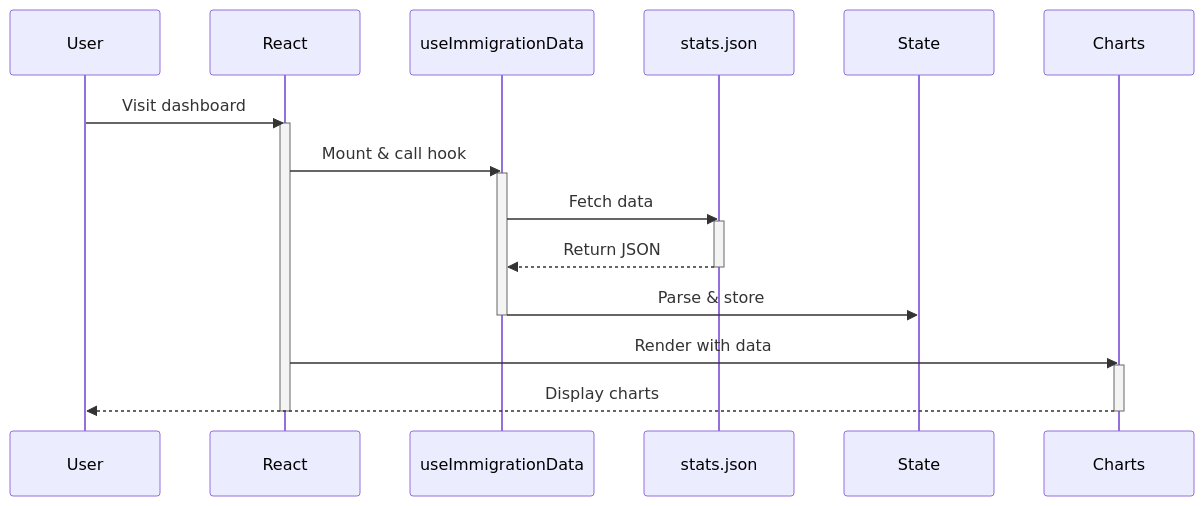
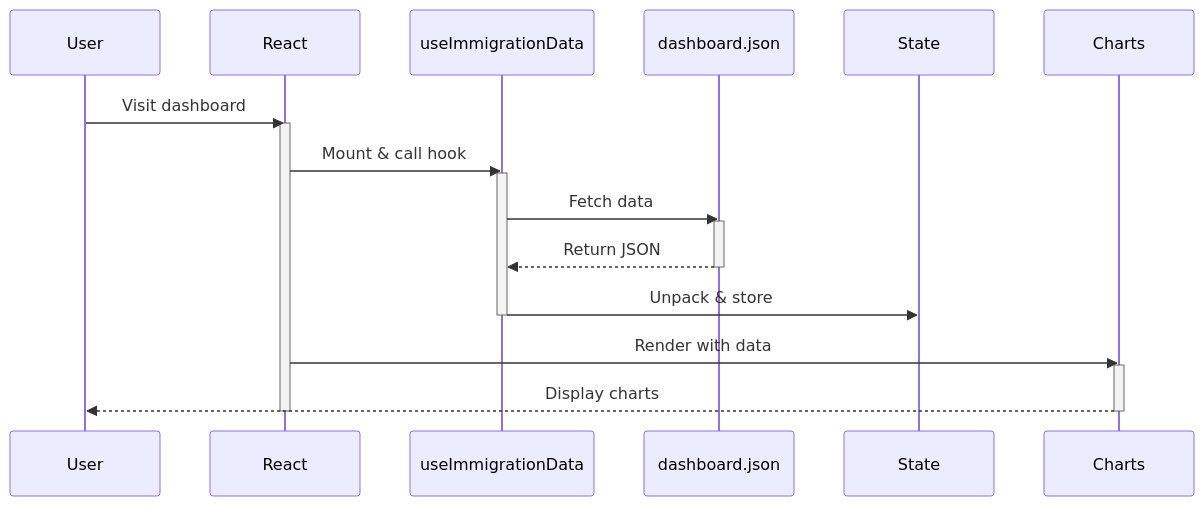
Before and after one commit to RetroHazard/JP_Immigration_Dashboard: the third of 16 diagrams in ARCHITECTURE.md, drawn with Mermaid. The commit also changed other lines of this file and 239 other files, not shown here.

````diff
--- a/ARCHITECTURE.md
+++ b/ARCHITECTURE.md
@@ -72,25 +86,25 @@
 ```mermaid
 sequenceDiagram
     participant User
     participant React
     participant Hook as useImmigrationData
-    participant JSON as stats.json
+    participant JSON as dashboard.json
     participant State
     participant Charts
     
     User->>React: Visit dashboard
     activate React
     React->>Hook: Mount & call hook
     activate Hook
     Hook->>JSON: Fetch data
     activate JSON
     JSON-->>Hook: Return JSON
     deactivate JSON
-    Hook->>State: Parse & store
+    Hook->>State: Unpack & store
     deactivate Hook
     React->>Charts: Render with data
     activate Charts
     Charts-->>User: Display charts
     deactivate Charts
     deactivate React
 ```
````
